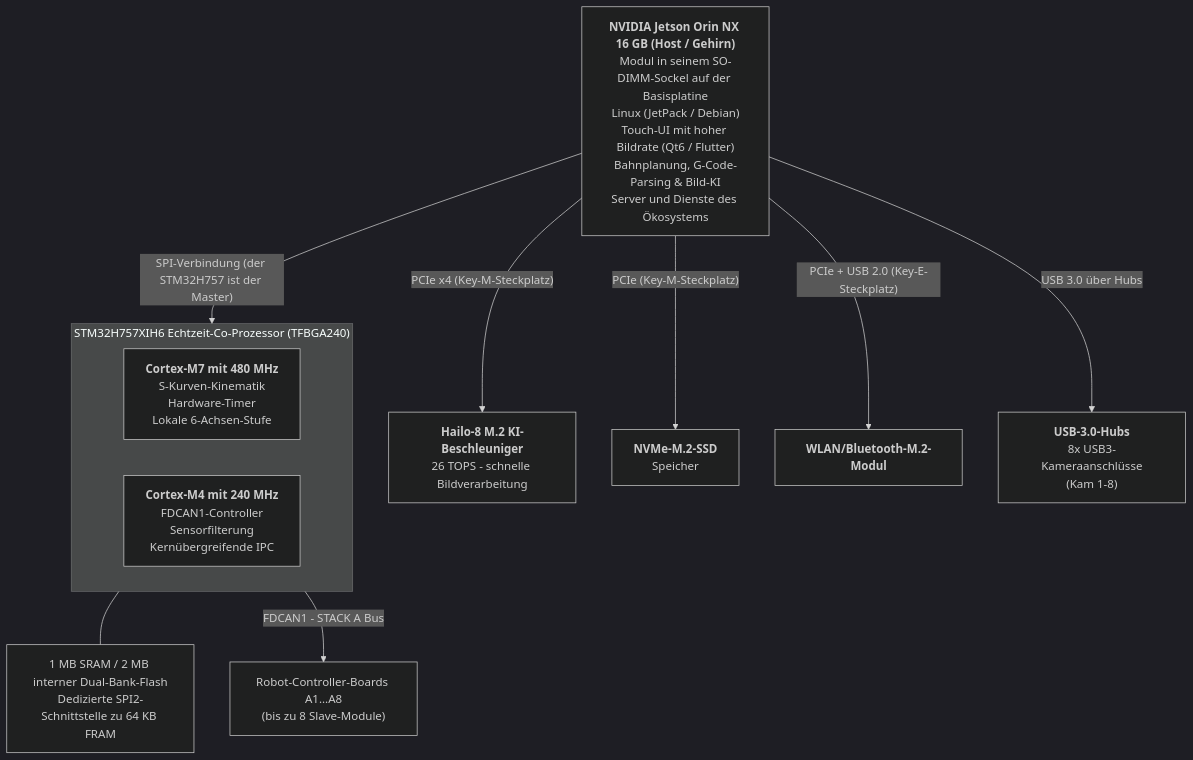
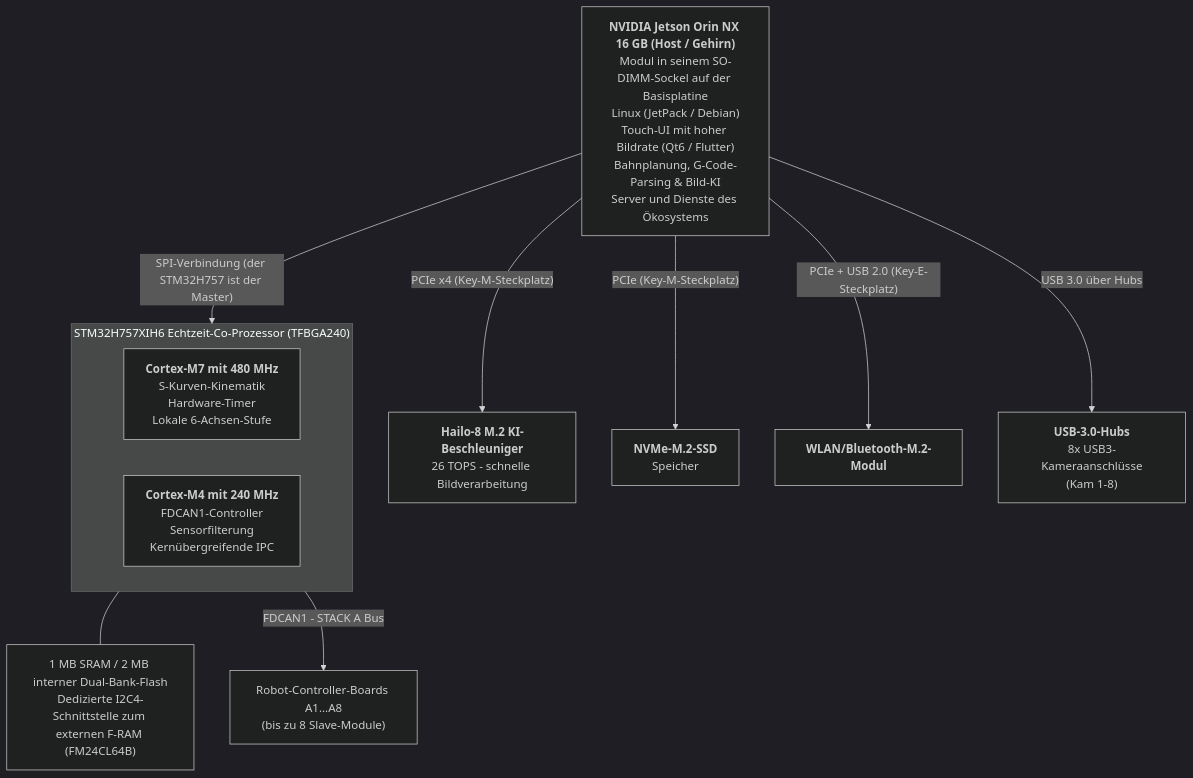
Before and after one commit to JuanenRac/HYDRA-UMC: the first of 3 diagrams in README_deu.md, drawn with Mermaid (dark theme). The commit also changed other lines of this file and 10 other files, not shown here.

Commit message:
README: F-RAM on I2C4 in the block diagram and host-neutral description of the OS image folder

````diff
--- a/README_deu.md
+++ b/README_deu.md
@@ -95,21 +95,21 @@
 ```mermaid
 flowchart TB
     JETSON["<b>NVIDIA Jetson Orin NX 16 GB (Host / Gehirn)</b><br/>Modul in seinem SO-DIMM-Sockel auf der Basisplatine<br/>Linux (JetPack / Debian)<br/>Touch-UI mit hoher Bildrate (Qt6 / Flutter)<br/>Bahnplanung, G-Code-Parsing &amp; Bild-KI<br/>Server und Dienste des Ökosystems"]
 
     JETSON -- "PCIe x4 (Key-M-Steckplatz)" --> HAILO8["<b>Hailo-8 M.2 KI-Beschleuniger</b><br/>26 TOPS - schnelle Bildverarbeitung"]
     JETSON -- "PCIe (Key-M-Steckplatz)" --> NVME["<b>NVMe-M.2-SSD</b><br/>Speicher"]
     JETSON -- "PCIe + USB 2.0 (Key-E-Steckplatz)" --> WIFI["<b>WLAN/Bluetooth-M.2-Modul</b>"]
     JETSON -- "USB 3.0 über Hubs" --> HUBS["<b>USB-3.0-Hubs</b><br/>8x USB3-Kameraanschlüsse<br/>(Kam 1-8)"]
 
     JETSON -- "SPI-Verbindung (der STM32H757 ist der Master)" --> MCU
 
     subgraph MCU["STM32H757XIH6 Echtzeit-Co-Prozessor (TFBGA240)"]
         direction LR
         CM7["<b>Cortex-M7 mit 480 MHz</b><br/>S-Kurven-Kinematik<br/>Hardware-Timer<br/>Lokale 6-Achsen-Stufe"]
         CM4["<b>Cortex-M4 mit 240 MHz</b><br/>FDCAN1-Controller<br/>Sensorfilterung<br/>Kernübergreifende IPC"]
     end
-    MEM["1 MB SRAM / 2 MB interner Dual-Bank-Flash<br/>Dedizierte SPI2-Schnittstelle zu 64 KB FRAM"]
+    MEM["1 MB SRAM / 2 MB interner Dual-Bank-Flash<br/>Dedizierte I2C4-Schnittstelle zum externen F-RAM (FM24CL64B)"]
     MCU --- MEM
 
     MCU -- "FDCAN1 - STACK A Bus" --> ROBOTS["Robot-Controller-Boards A1...A8<br/>(bis zu 8 Slave-Module)"]
 ```
````
